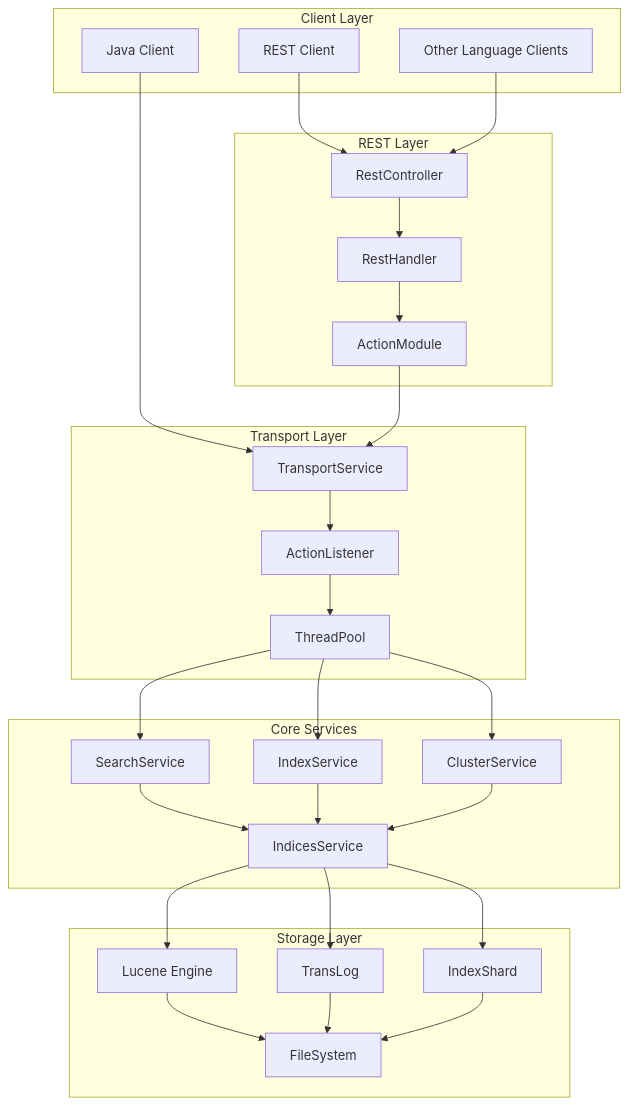
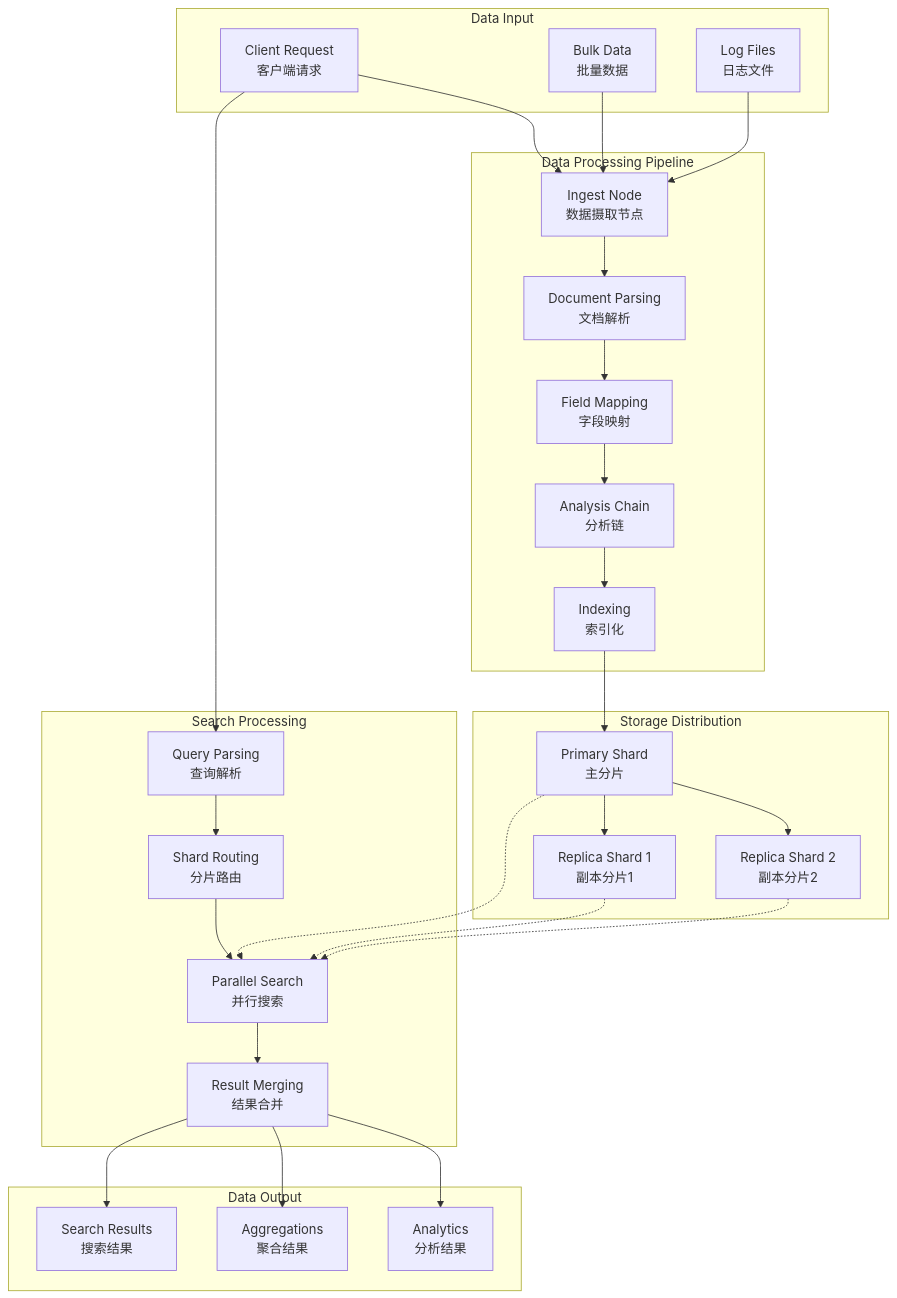
Before and after one commit to haoyunlt/myblog: the third of 23 diagrams in content/posts/elasticsearch-source-analysis.md, drawn with Mermaid. The commit also changed other lines of this file and 335 other files, not shown here.

````diff
--- a/content/posts/elasticsearch-source-analysis.md
+++ b/content/posts/elasticsearch-source-analysis.md
@@ -86,55 +1205,63 @@
 ```mermaid
-graph TB
-    subgraph "Client Layer"
-        A[REST Client]
-        B[Java Client]
-        C[Other Language Clients]
+flowchart TD
+    subgraph "Data Input"
+        A[Client Request<br/>客户端请求]
+        B[Bulk Data<br/>批量数据]
+        C[Log Files<br/>日志文件]
     end
 
-    subgraph "REST Layer"
-        D[RestController]
-        E[RestHandler]
-        F[ActionModule]
+    subgraph "Data Processing Pipeline"
+        D[Ingest Node<br/>数据摄取节点]
+        E[Document Parsing<br/>文档解析]
+        F[Field Mapping<br/>字段映射]
+        G[Analysis Chain<br/>分析链]
+        H[Indexing<br/>索引化]
     end
 
-    subgraph "Transport Layer"
-        G[TransportService]
-        H[ActionListener]
-        I[ThreadPool]
+    subgraph "Storage Distribution"
+        I[Primary Shard<br/>主分片]
+        J[Replica Shard 1<br/>副本分片1]
+        K[Replica Shard 2<br/>副本分片2]
     end
 
-    subgraph "Core Services"
-        J[SearchService]
-        K[IndexService]
-        L[ClusterService]
-        M[IndicesService]
+    subgraph "Search Processing"
+        L[Query Parsing<br/>查询解析]
+        M[Shard Routing<br/>分片路由]
+        N[Parallel Search<br/>并行搜索]
+        O[Result Merging<br/>结果合并]
     end
 
-    subgraph "Storage Layer"
-        N[Lucene Engine]
-        O[TransLog]
-        P[IndexShard]
-        Q[FileSystem]
+    subgraph "Data Output"
+        P[Search Results<br/>搜索结果]
+        Q[Aggregations<br/>聚合结果]
+        R[Analytics<br/>分析结果]
     end
 
+    %% 数据流向
     A --> D
-    B --> G
+    B --> D
     C --> D
+
     D --> E
     E --> F
     F --> G
     G --> H
+
     H --> I
     I --> J
     I --> K
-    I --> L
-    J --> M
-    K --> M
+
+    A --> L
     L --> M
     M --> N
-    M --> O
-    M --> P
-    N --> Q
+    N --> O
+
+    O --> P
     O --> Q
-    P --> Q
+    O --> R
+
+    %% 反馈回路
+    I -.-> N
+    J -.-> N
+    K -.-> N
 ```
````
